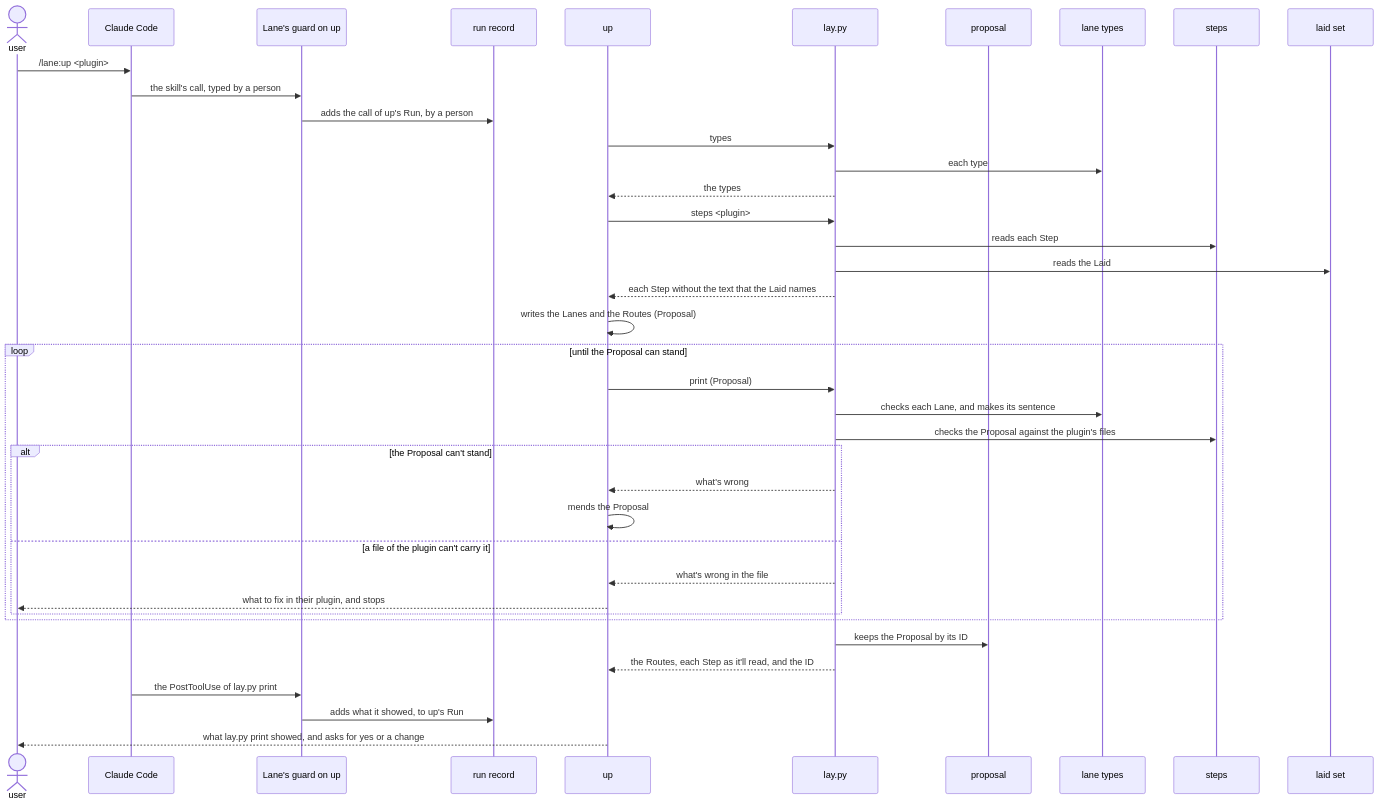
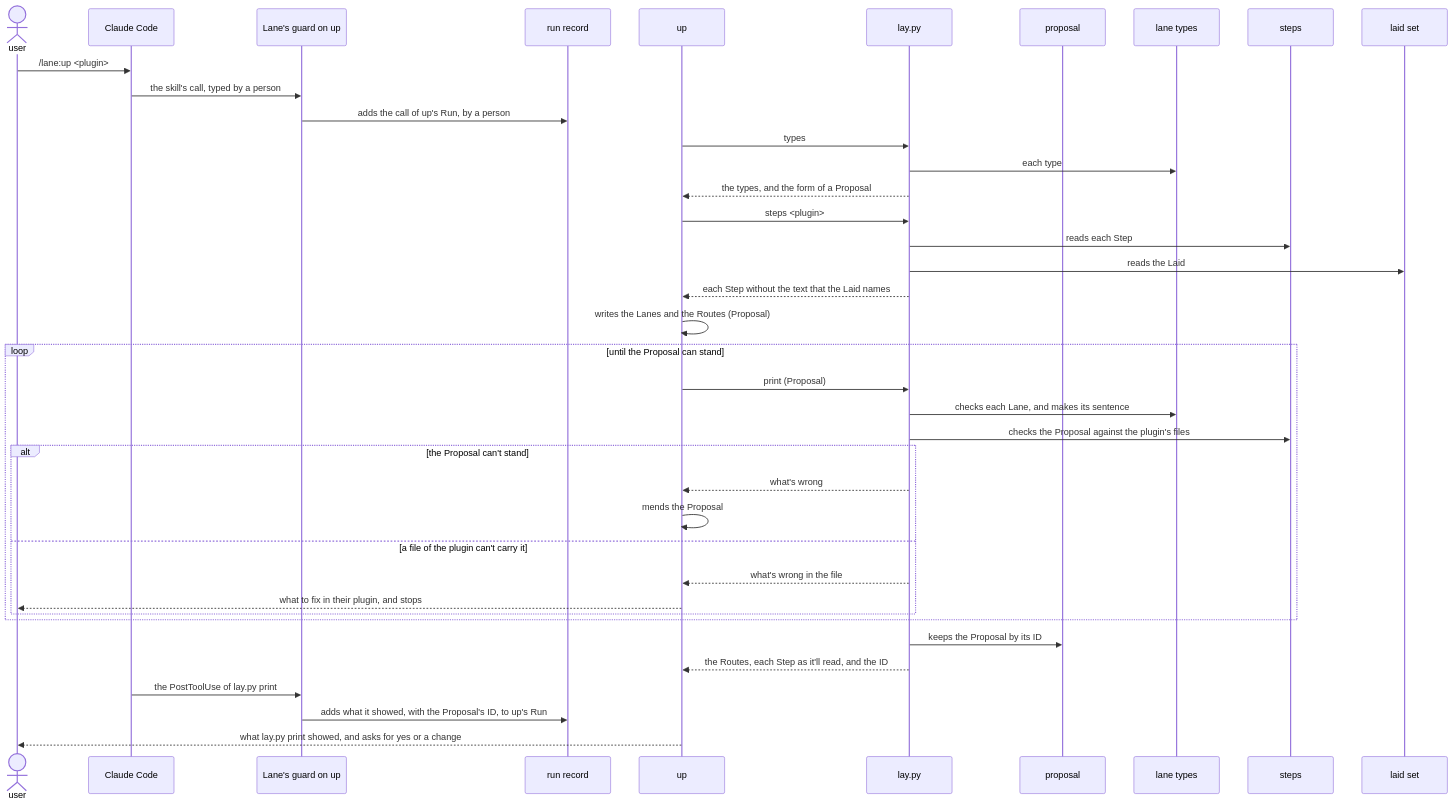
One commit to lovaizu/ccpm changed the first of 7 diagrams in dev/lane/architecture.md. Above: the diagram before and after it, drawn with Mermaid. The commit also changed other lines of this file, not shown here.

````diff
--- a/dev/lane/architecture.md
+++ b/dev/lane/architecture.md
@@ -190,41 +192,41 @@
 ```mermaid
 sequenceDiagram
   actor U as user
   participant CC as Claude Code
   participant G as Lane's guard on up
   participant RS as run record
   participant UP as up
   participant L as lay.py
   participant P as proposal
   participant T as lane types
   participant ST as steps
   participant LS as laid set
   U->>CC: /lane:up <plugin>
   CC->>G: the skill's call, typed by a person
   G->>RS: adds the call of up's Run, by a person
   UP->>L: types
   L->>T: each type
-  L-->>UP: the types
+  L-->>UP: the types, and the form of a Proposal
   UP->>L: steps <plugin>
   L->>ST: reads each Step
   L->>LS: reads the Laid
   L-->>UP: each Step without the text that the Laid names
   UP->>UP: writes the Lanes and the Routes (Proposal)
   loop until the Proposal can stand
     UP->>L: print (Proposal)
     L->>T: checks each Lane, and makes its sentence
     L->>ST: checks the Proposal against the plugin's files
     alt the Proposal can't stand
       L-->>UP: what's wrong
       UP->>UP: mends the Proposal
     else a file of the plugin can't carry it
       L-->>UP: what's wrong in the file
       UP-->>U: what to fix in their plugin, and stops
     end
   end
   L->>P: keeps the Proposal by its ID
   L-->>UP: the Routes, each Step as it'll read, and the ID
   CC->>G: the PostToolUse of lay.py print
-  G->>RS: adds what it showed, to up's Run
+  G->>RS: adds what it showed, with the Proposal's ID, to up's Run
   UP-->>U: what lay.py print showed, and asks for yes or a change
 ```
````
